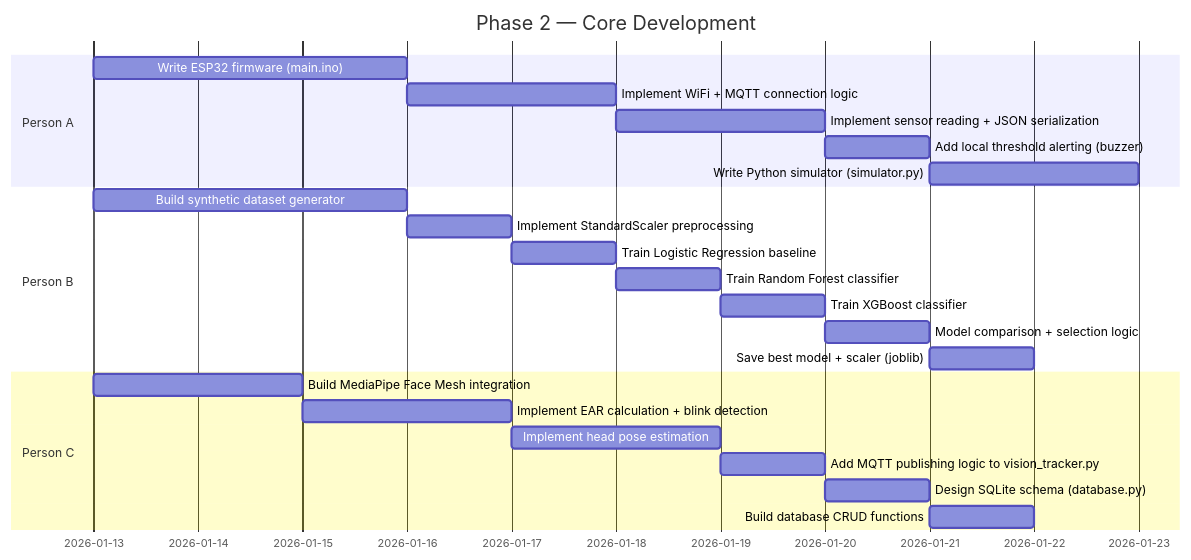
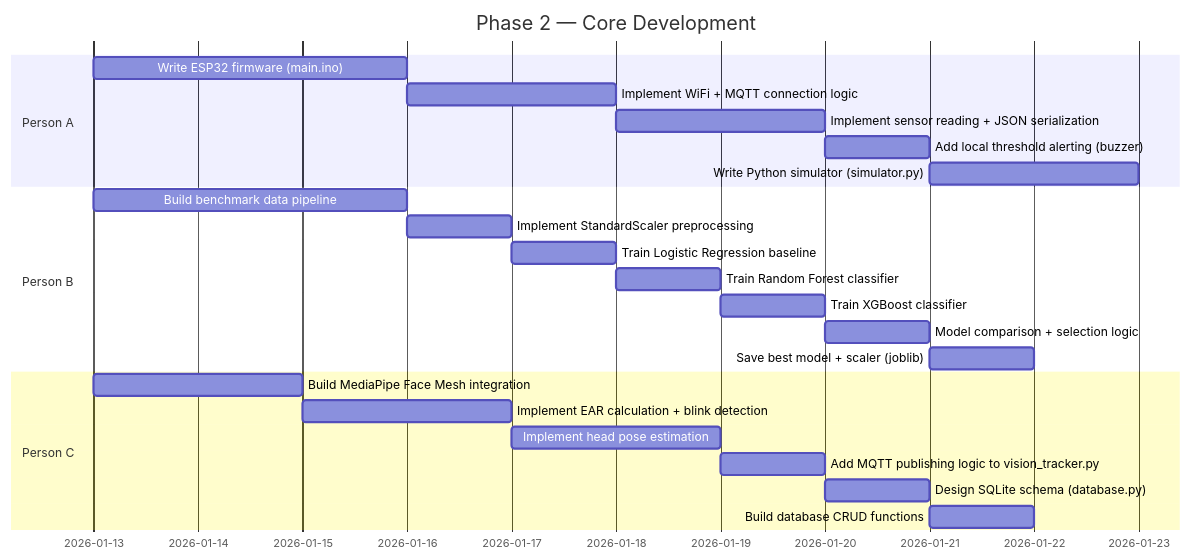
One commit to rishichaturvedi2024-dotcom/Eye-Strain-Detector changed the third of 5 diagrams in project_documentation.md. Above: the diagram before and after it, drawn with Mermaid. The commit also changed other lines of this file and 7 other files, not shown here.

````diff
--- a/project_documentation.md
+++ b/project_documentation.md
@@ -351,26 +351,26 @@
 ```mermaid
 gantt
     title Phase 2 — Core Development
     dateFormat  YYYY-MM-DD
     section Person A
     Write ESP32 firmware (main.ino)                       :a1, 2026-01-13, 3d
     Implement WiFi + MQTT connection logic                :a2, after a1, 2d
     Implement sensor reading + JSON serialization         :a3, after a2, 2d
     Add local threshold alerting (buzzer)                 :a4, after a3, 1d
     Write Python simulator (simulator.py)                 :a5, after a4, 2d
     section Person B
-    Build synthetic dataset generator                     :b1, 2026-01-13, 3d
+    Build benchmark data pipeline                     :b1, 2026-01-13, 3d
     Implement StandardScaler preprocessing                :b2, after b1, 1d
     Train Logistic Regression baseline                    :b3, after b2, 1d
     Train Random Forest classifier                        :b4, after b3, 1d
     Train XGBoost classifier                              :b5, after b4, 1d
     Model comparison + selection logic                    :b6, after b5, 1d
     Save best model + scaler (joblib)                     :b7, after b6, 1d
     section Person C
     Build MediaPipe Face Mesh integration                 :c1, 2026-01-13, 2d
     Implement EAR calculation + blink detection           :c2, after c1, 2d
     Implement head pose estimation                        :c3, after c2, 2d
     Add MQTT publishing logic to vision_tracker.py        :c4, after c3, 1d
     Design SQLite schema (database.py)                    :c5, after c4, 1d
     Build database CRUD functions                         :c6, after c5, 1d
 ```
````
